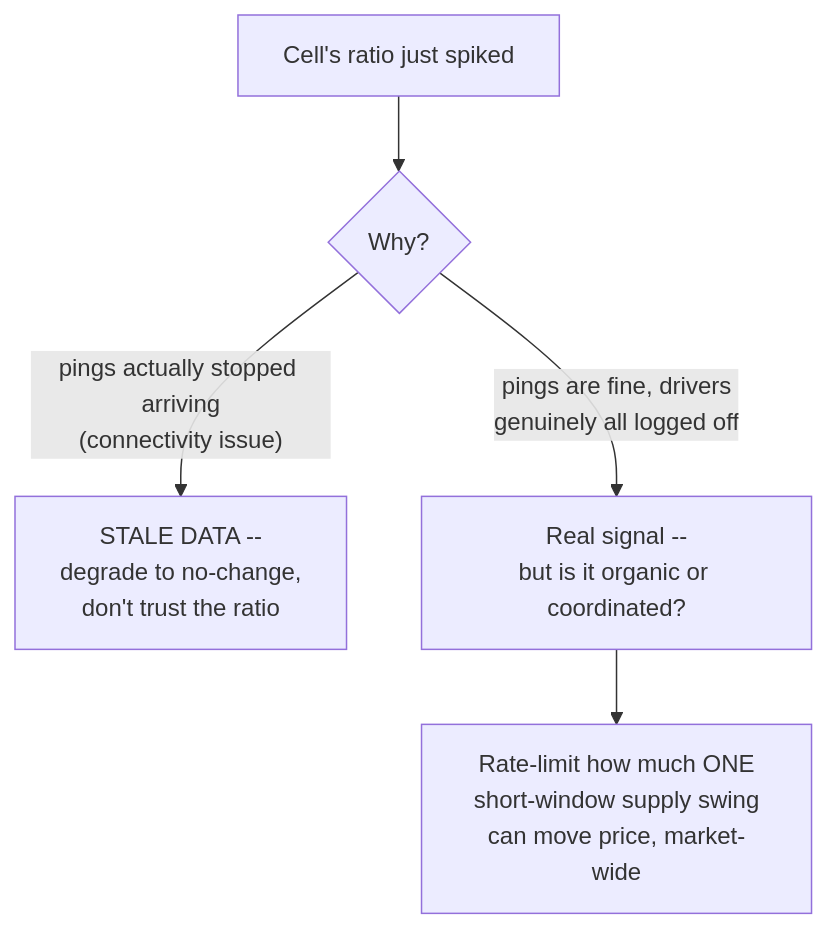
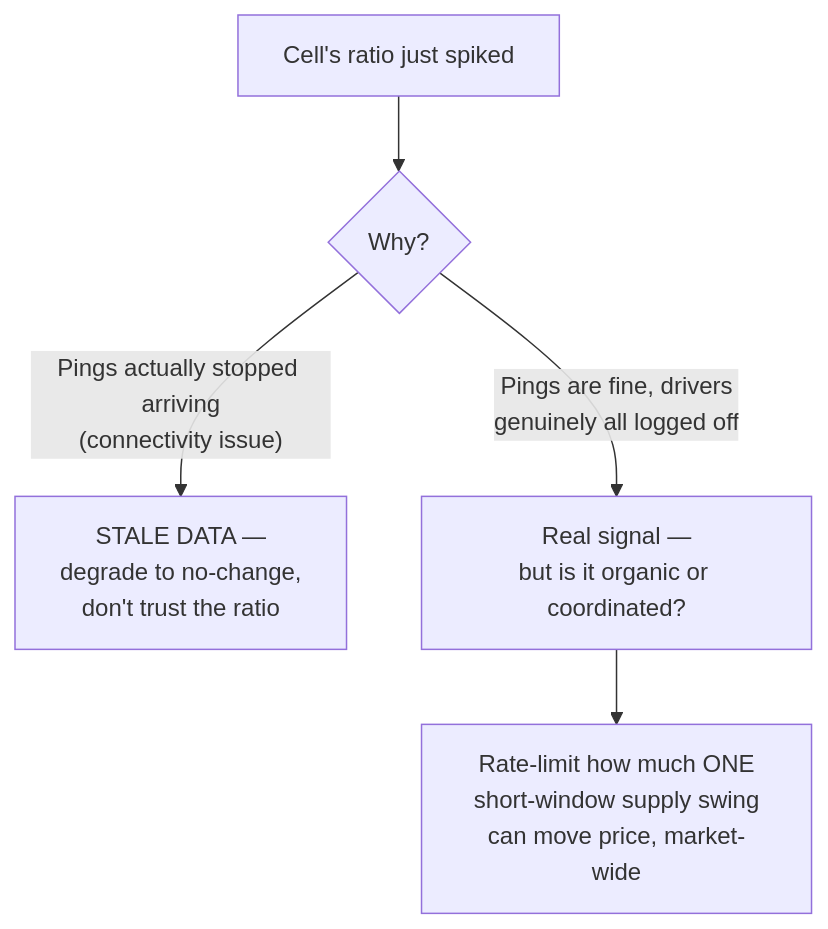
One commit to riyaz-pasha/Learnings changed the ninth of 13 diagrams in system-design/HLD/0-course/53-Design-Uber-Surge-Pricing-Engine-FAANG-Guide-story.md. Above: the diagram before and after it, drawn with Mermaid. The commit also changed other lines of this file and 1 other file, not shown here.

Commit message:
[REWRITE] Uber Surge Pricing Engine story guide: simplify prose, add structure, fix diagrams

````diff
--- a/system-design/HLD/0-course/53-Design-Uber-Surge-Pricing-Engine-FAANG-Guide-story.md
+++ b/system-design/HLD/0-course/53-Design-Uber-Surge-Pricing-Engine-FAANG-Guide-story.md
@@ -201,7 +436,7 @@
 ```mermaid
 flowchart TD
     A["Cell's ratio just spiked"] --> B{"Why?"}
-    B -->|"pings actually stopped arriving\n(connectivity issue)"| C["STALE DATA --\ndegrade to no-change,\ndon't trust the ratio"]
-    B -->|"pings are fine, drivers\ngenuinely all logged off"| D["Real signal --\nbut is it organic or coordinated?"]
-    D --> E["Rate-limit how much ONE\nshort-window supply swing\ncan move price, market-wide"]
+    B -->|"Pings actually stopped arriving<br/>(connectivity issue)"| C["STALE DATA —<br/>degrade to no-change,<br/>don't trust the ratio"]
+    B -->|"Pings are fine, drivers<br/>genuinely all logged off"| D["Real signal —<br/>but is it organic or coordinated?"]
+    D --> E["Rate-limit how much ONE<br/>short-window supply swing<br/>can move price, market-wide"]
 ```
````
